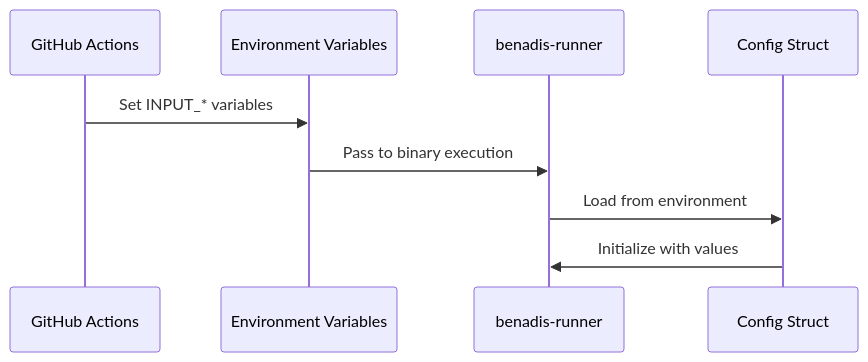
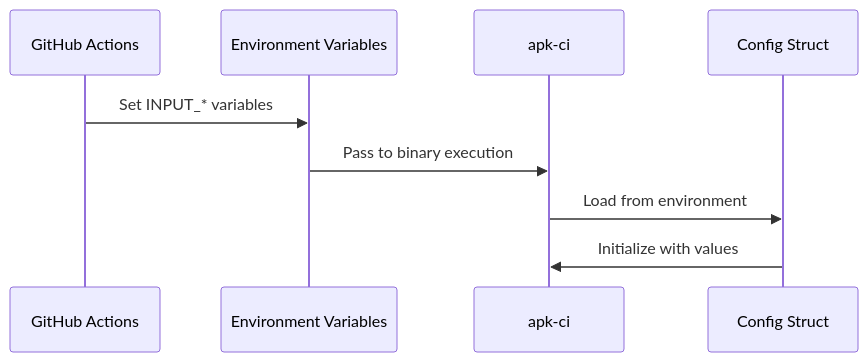
One commit to Kargones/apk-ci changed the third of 4 diagrams in .qoder/repowiki/en/content/Configuration Management/YAML Configuration Files/action.yaml Configuration.md. Above: the diagram before and after it, drawn with Mermaid. The commit also changed other lines of this file and 189 other files, not shown here.

Commit message:
Замена benadis-runner на apk-ci.

````diff
--- a/.qoder/repowiki/en/content/Configuration Management/YAML Configuration Files/action.yaml Configuration.md
+++ b/.qoder/repowiki/en/content/Configuration Management/YAML Configuration Files/action.yaml Configuration.md
@@ -188,11 +188,11 @@
 ```mermaid
 sequenceDiagram
 participant GH as GitHub Actions
 participant ENV as Environment Variables
-participant APP as benadis-runner
+participant APP as apk-ci
 participant CFG as Config Struct
 GH->>ENV : Set INPUT_* variables
 ENV->>APP : Pass to binary execution
 APP->>CFG : Load from environment
 CFG->>APP : Initialize with values
 ```
````
